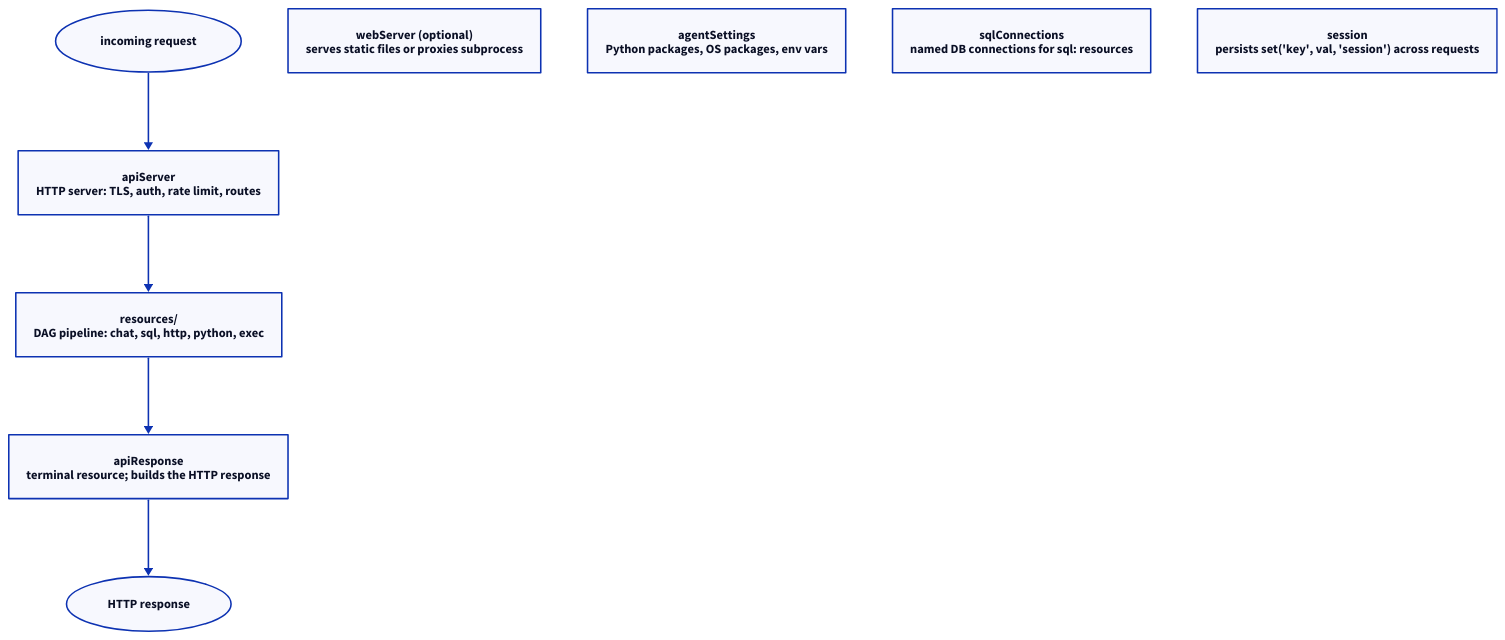
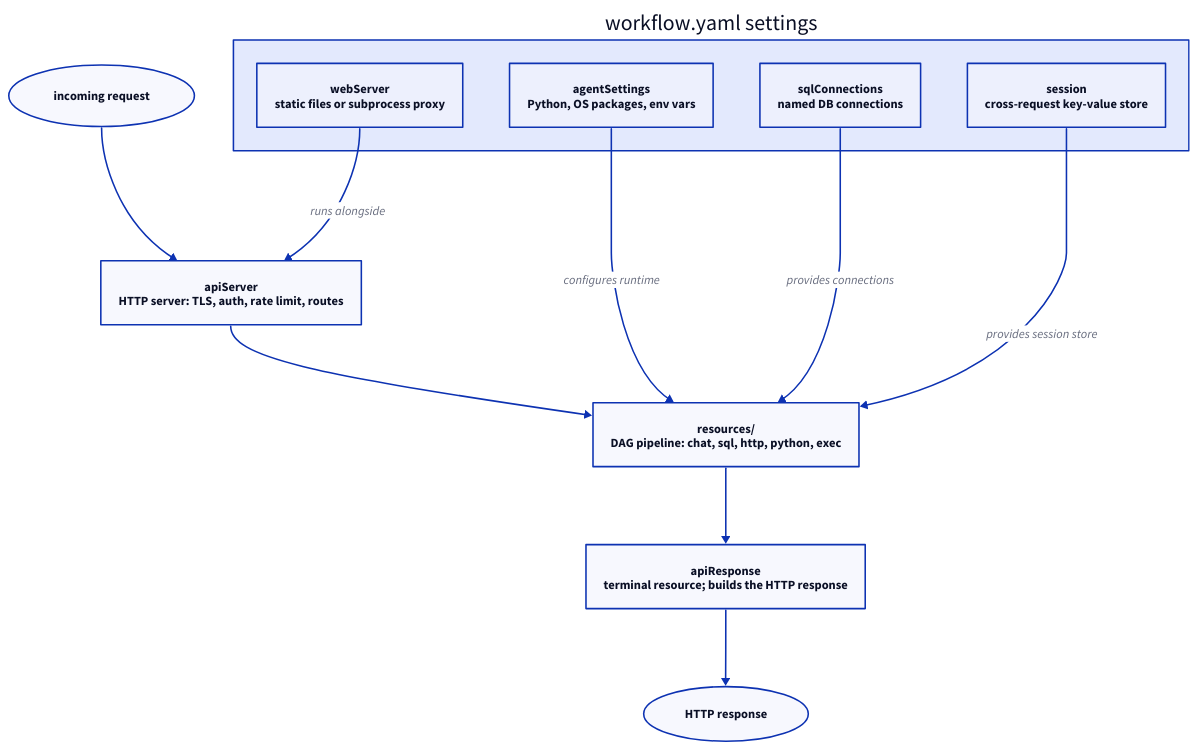
The diagram in docs/v2/configuration/workflow.md (kdeps/kdeps), drawn with D2 before and after one commit. The commit also changed 31 other files, not shown here.

````diff
--- a/docs/v2/configuration/workflow.md
+++ b/docs/v2/configuration/workflow.md
@@ -7,16 +7,23 @@
 ```d2
 direction: down
 
 A: incoming request {shape: oval}
 B: "apiServer\nHTTP server: TLS, auth, rate limit, routes"
 C: "resources/\nDAG pipeline: chat, sql, http, python, exec"
 D: "apiResponse\nterminal resource; builds the HTTP response"
 E: HTTP response {shape: oval}
 
 A -> B -> C -> D -> E
 
-B2: "webServer (optional)\nserves static files or proxies subprocess"
-B3: "agentSettings\nPython packages, OS packages, env vars"
-B4: "sqlConnections\nnamed DB connections for sql: resources"
-B5: "session\npersists set('key', val, 'session') across requests"
+settings: workflow.yaml settings {
+  B2: "webServer\nstatic files or subprocess proxy"
+  B3: "agentSettings\nPython, OS packages, env vars"
+  B4: "sqlConnections\nnamed DB connections"
+  B5: "session\ncross-request key-value store"
+}
+
+settings.B3 -> C: configures runtime
+settings.B4 -> C: provides connections
+settings.B5 -> C: provides session store
+settings.B2 -> B: runs alongside
 ```
````
